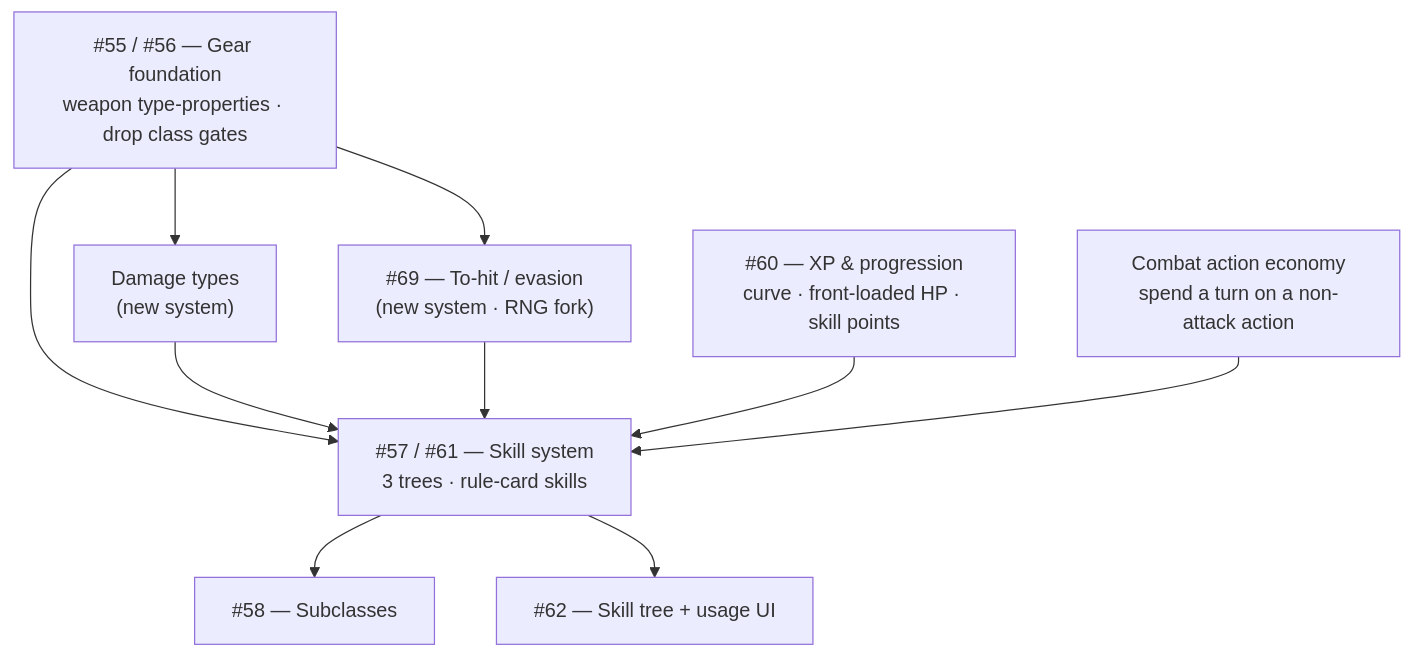
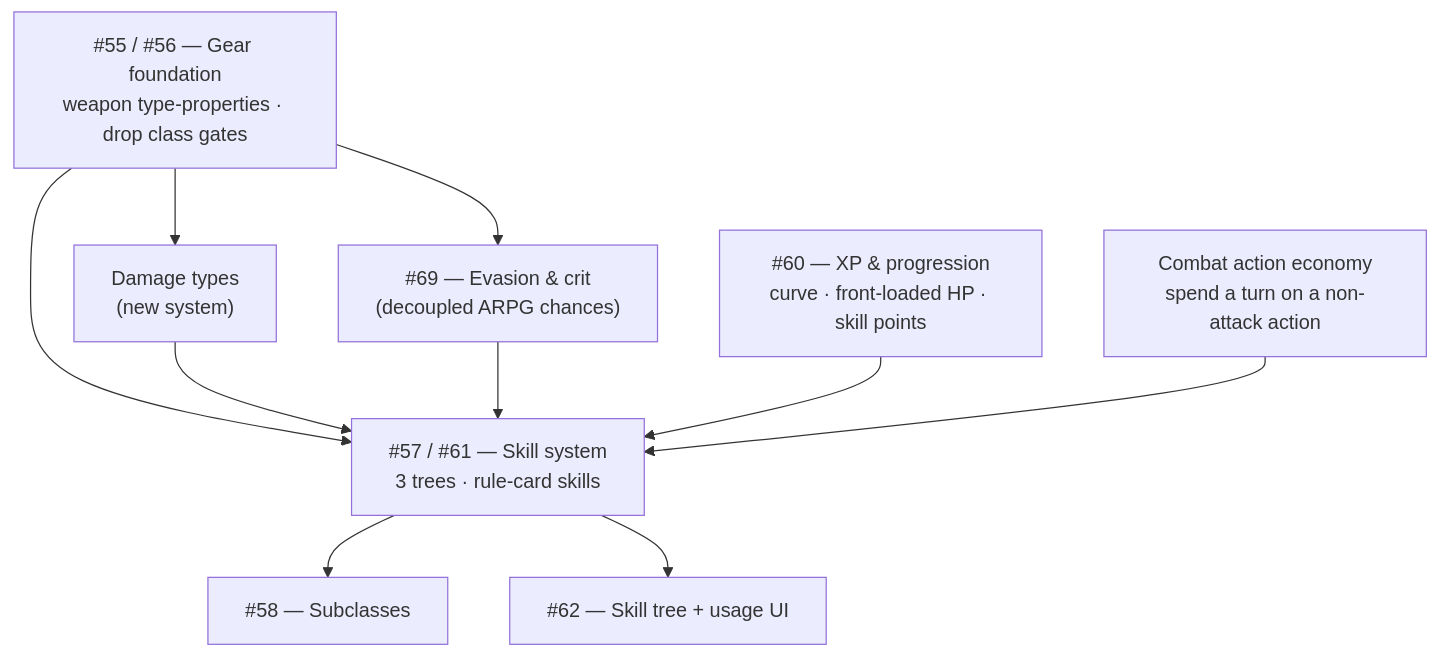
One commit to starquake/mediumrogue changed the diagram in docs/design-roadmap.md. Above: the diagram before and after it, drawn with Mermaid. The commit also changed other lines of this file and 9 other files, not shown here.

````diff
--- a/docs/design-roadmap.md
+++ b/docs/design-roadmap.md
@@ -17,20 +19,20 @@
 ```mermaid
 graph TD
   A["#55 / #56 — Gear foundation<br/>weapon type-properties · drop class gates"]
   B["Damage types<br/>(new system)"]
-  TH["#69 — To-hit / evasion<br/>(new system · RNG fork)"]
+  TH["#69 — Evasion & crit<br/>(decoupled ARPG chances)"]
   ACT["Combat action economy<br/>spend a turn on a non-attack action"]
   C["#57 / #61 — Skill system<br/>3 trees · rule-card skills"]
   D["#60 — XP & progression<br/>curve · front-loaded HP · skill points"]
   E["#58 — Subclasses"]
   F["#62 — Skill tree + usage UI"]
   A --> B
   A --> C
   A --> TH
   B --> C
   TH --> C
   D --> C
   ACT --> C
   C --> E
   C --> F
 ```
````
